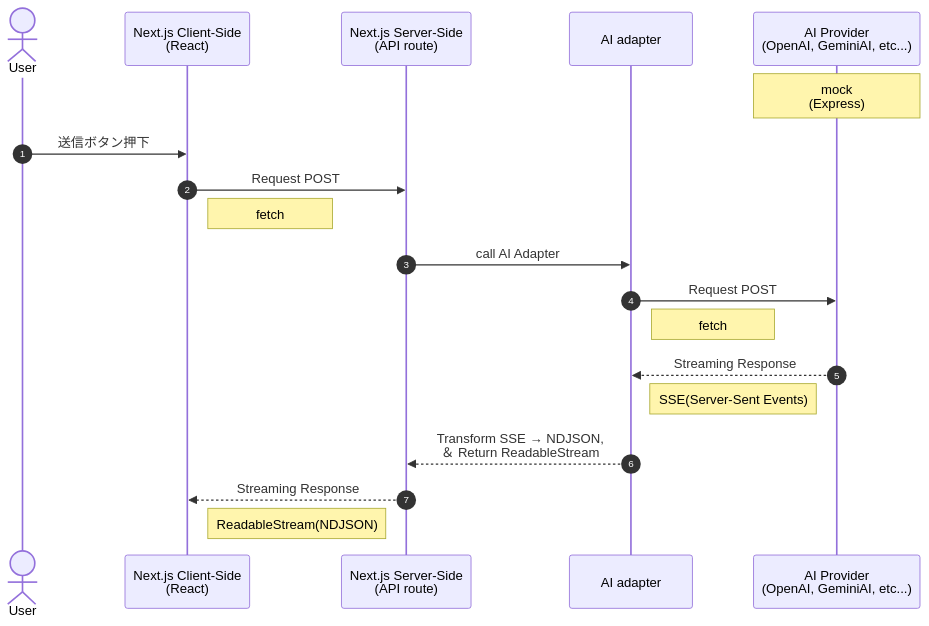
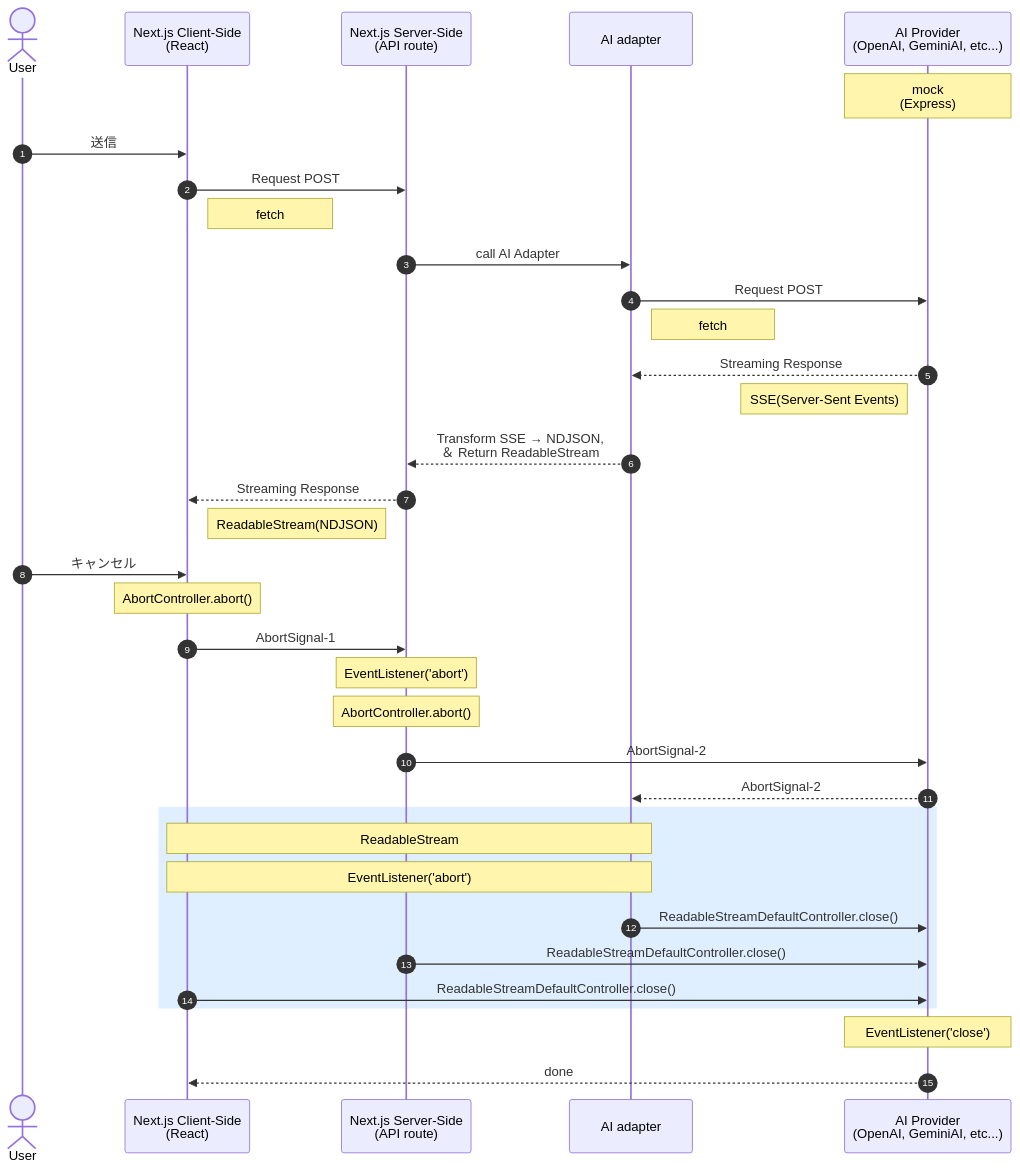
Before and after one commit to sudo-yoko/portfolio-nextjs: the diagram in _docs/chat/sequenceDiagram.md, drawn with Mermaid.

````diff
--- a/_docs/chat/sequenceDiagram.md
+++ b/_docs/chat/sequenceDiagram.md
@@ -1,30 +1,52 @@
  ```mermaid
 
 sequenceDiagram
 autonumber
 actor U as User
 participant C as Next.js Client-Side<br>(React)
 participant S as Next.js Server-Side<br>(API route)
 participant AD as AI adapter
 participant A as AI Provider<br>(OpenAI, GeminiAI, etc...)
 Note over A: mock<br>(Express)
 
-U->>C: 送信ボタン押下
+U->>C: 送信
 
 C->>S: Request POST
 Note right of C: fetch
 
 S->>AD: call AI Adapter
 
 AD->>A: Request POST
 Note Right of AD: fetch
 
 A-->>AD: Streaming Response
 Note left of A: SSE(Server-Sent Events)
 
 AD-->>S: Transform SSE → NDJSON,<br>＆ Return ReadableStream
 
 S-->>C: Streaming Response
 Note left of S: ReadableStream(NDJSON)
 
+U->>C: キャンセル
+Note over C: AbortController.abort()
+
+C->>S: AbortSignal-1
+Note over S: EventListener('abort')
+Note over S: AbortController.abort()
+
+S->>A: AbortSignal-2
+A-->>AD: AbortSignal-2
+
+rect rgb(223, 239, 255)
+ Note over C,AD: ReadableStream
+ Note over C,AD: EventListener('abort')
+
+ AD->>A: ReadableStreamDefaultController.close()
+ S->>A: ReadableStreamDefaultController.close()
+ C->>A: ReadableStreamDefaultController.close()
+end
+
+Note over A: EventListener('close')
+A-->>C: done
+
  ```
````
